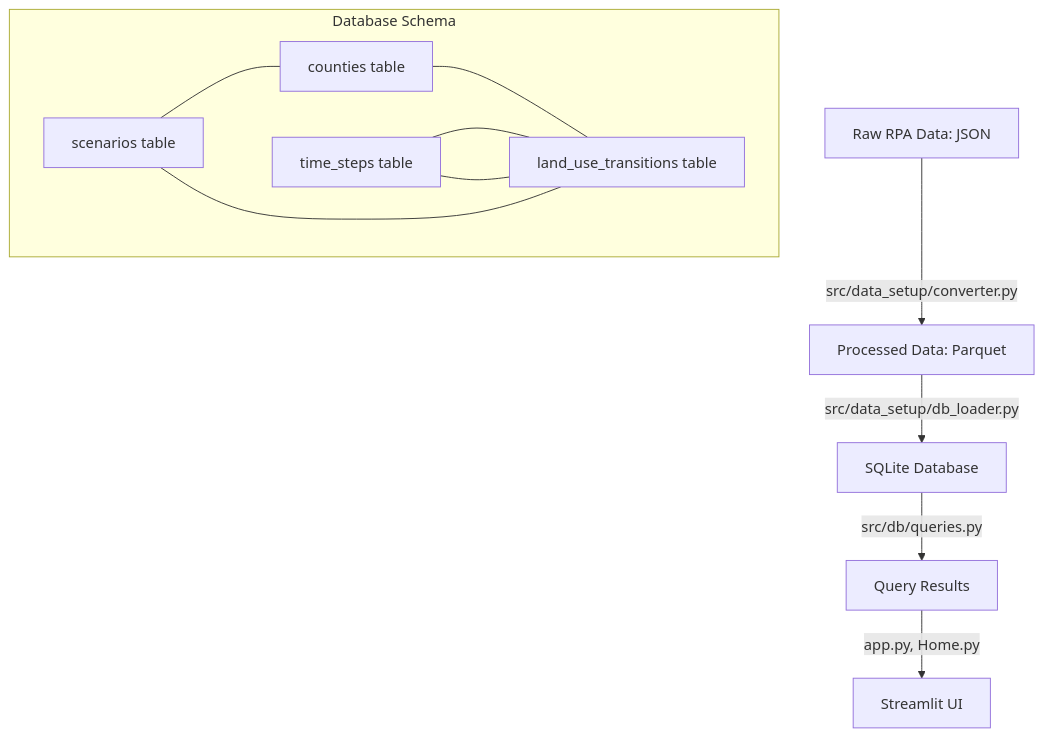
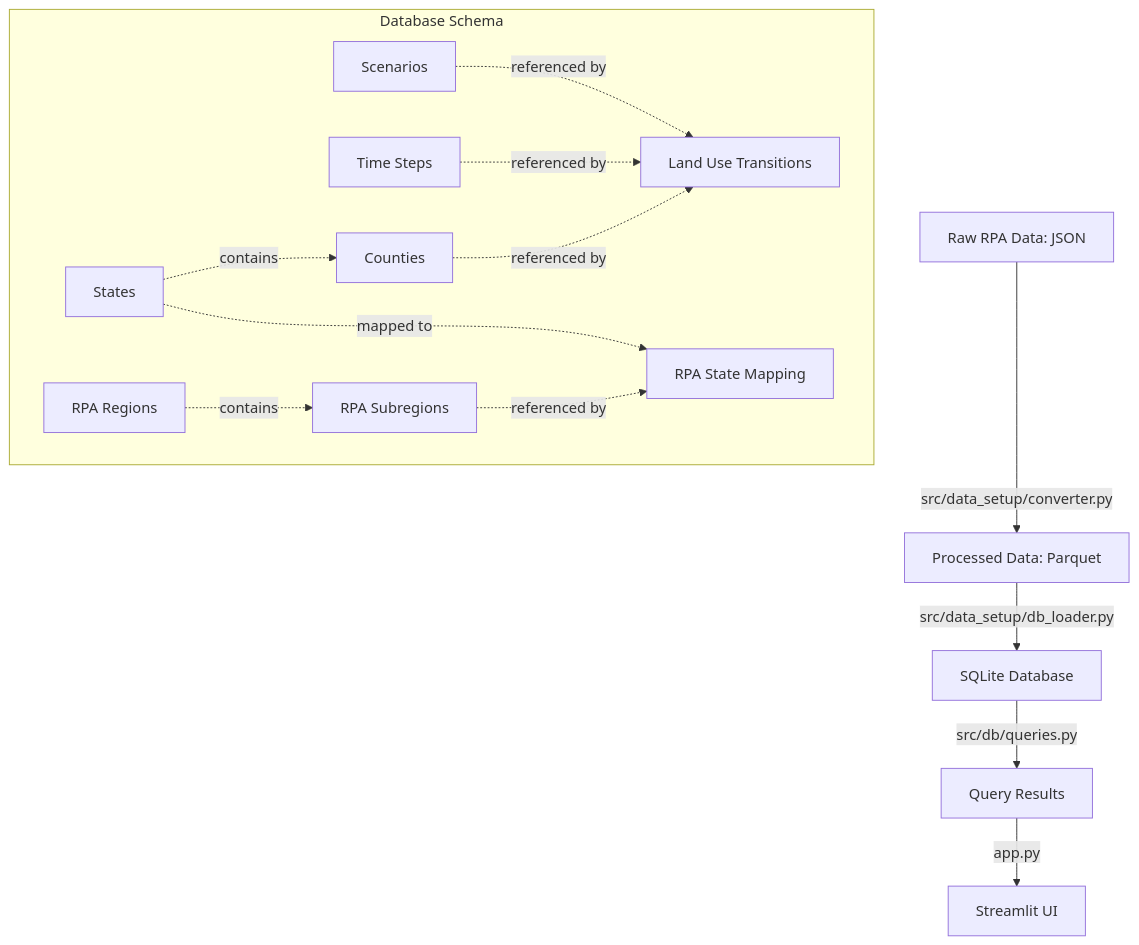
Before and after one commit to mihiarc/rpa-landuse-viewer: the second of 2 diagrams in docs/DATABASE_SCHEMA.md, drawn with Mermaid. The commit also changed other lines of this file, not shown here.

Commit message:
Fix ERD diagram in DATABASE_SCHEMA.md for better rendering

````diff
--- a/docs/DATABASE_SCHEMA.md
+++ b/docs/DATABASE_SCHEMA.md
@@ -302,16 +411,17 @@
 ```mermaid
 flowchart TD
     A[Raw RPA Data: JSON] -->|src/data_setup/converter.py| B[Processed Data: Parquet]
     B -->|src/data_setup/db_loader.py| C[SQLite Database]
+    C -->|src/db/queries.py| D[Query Results]
+    D -->|app.py| E[Streamlit UI]
     
-    C -->|src/db/queries.py| D[Query Results]
-    D -->|app.py, Home.py| E[Streamlit UI]
-    
-    subgraph "Database Schema"
-    F[scenarios table] --- G[counties table]
-    H[time_steps table] --- I[land_use_transitions table]
-    F --- I
-    G --- I
-    H --- I
+    subgraph Database["Database Schema"]
+        F[Scenarios] -.->|referenced by| I[Land Use Transitions]
+        H[Time Steps] -.->|referenced by| I
+        G[Counties] -.->|referenced by| I
+        M[States] -.->|contains| G
+        M -.->|mapped to| L[RPA State Mapping]
+        J[RPA Regions] -.->|contains| K[RPA Subregions]
+        K -.->|referenced by| L
     end
 ```
````
